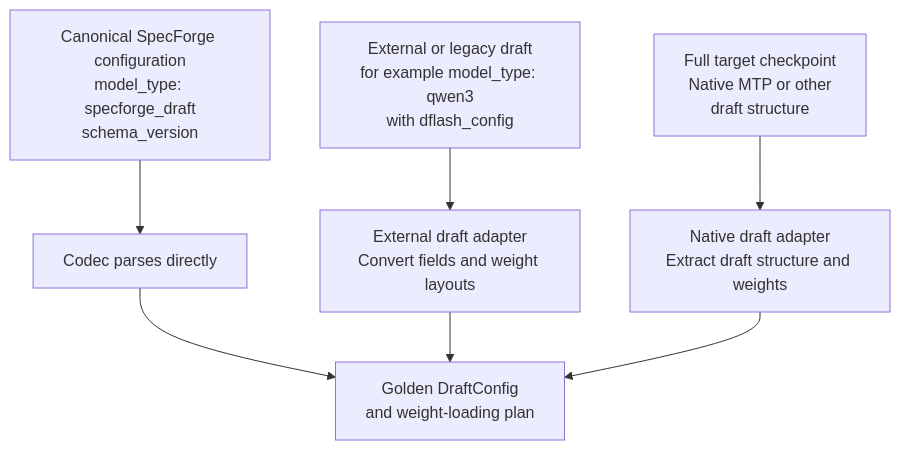
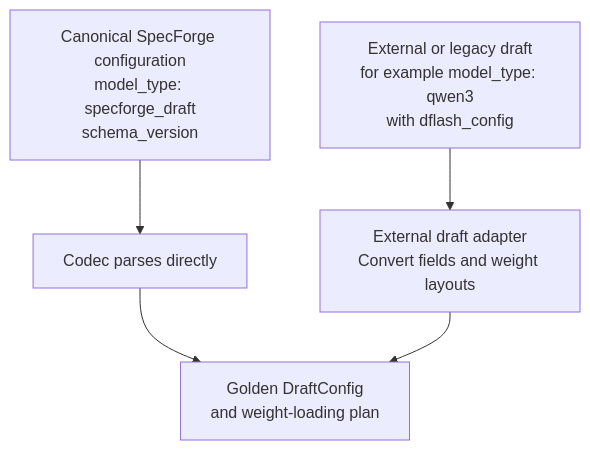
Before and after one commit to sgl-project/SpecForge: the second of 2 diagrams in docs/config_usage_graph-eng.md, drawn with Mermaid. The commit also changed other lines of this file and 2 other files, not shown here.

````diff
--- a/docs/config_usage_graph-eng.md
+++ b/docs/config_usage_graph-eng.md
@@ -222,14 +249,11 @@
 ```mermaid
 flowchart TB
     A["Canonical SpecForge configuration<br/>model_type: specforge_draft<br/>schema_version"]
     B["External or legacy draft<br/>for example model_type: qwen3<br/>with dflash_config"]
-    C["Full target checkpoint<br/>Native MTP or other<br/>draft structure"]
 
     A --> D["Codec parses directly"]
     B --> E["External draft adapter<br/>Convert fields and weight layouts"]
-    C --> F["Native draft adapter<br/>Extract draft structure and weights"]
 
     D --> G["Golden DraftConfig<br/>and weight-loading plan"]
     E --> G
-    F --> G
 ```
````
